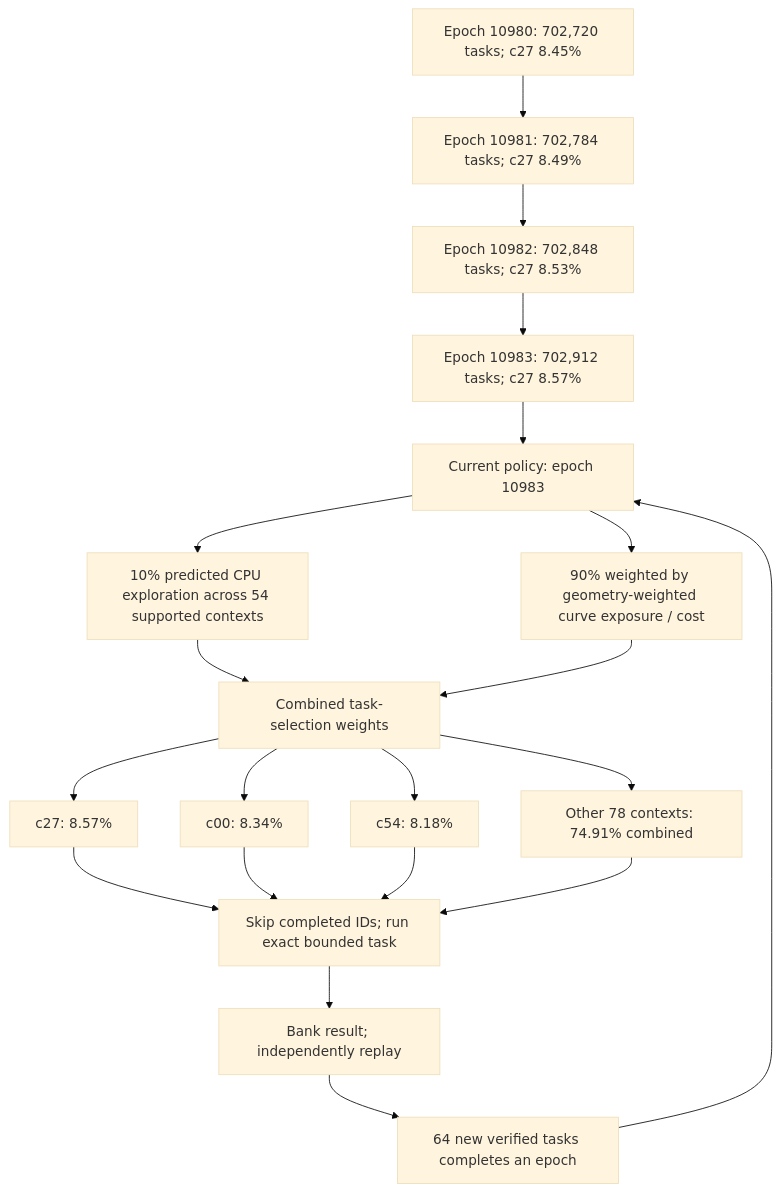
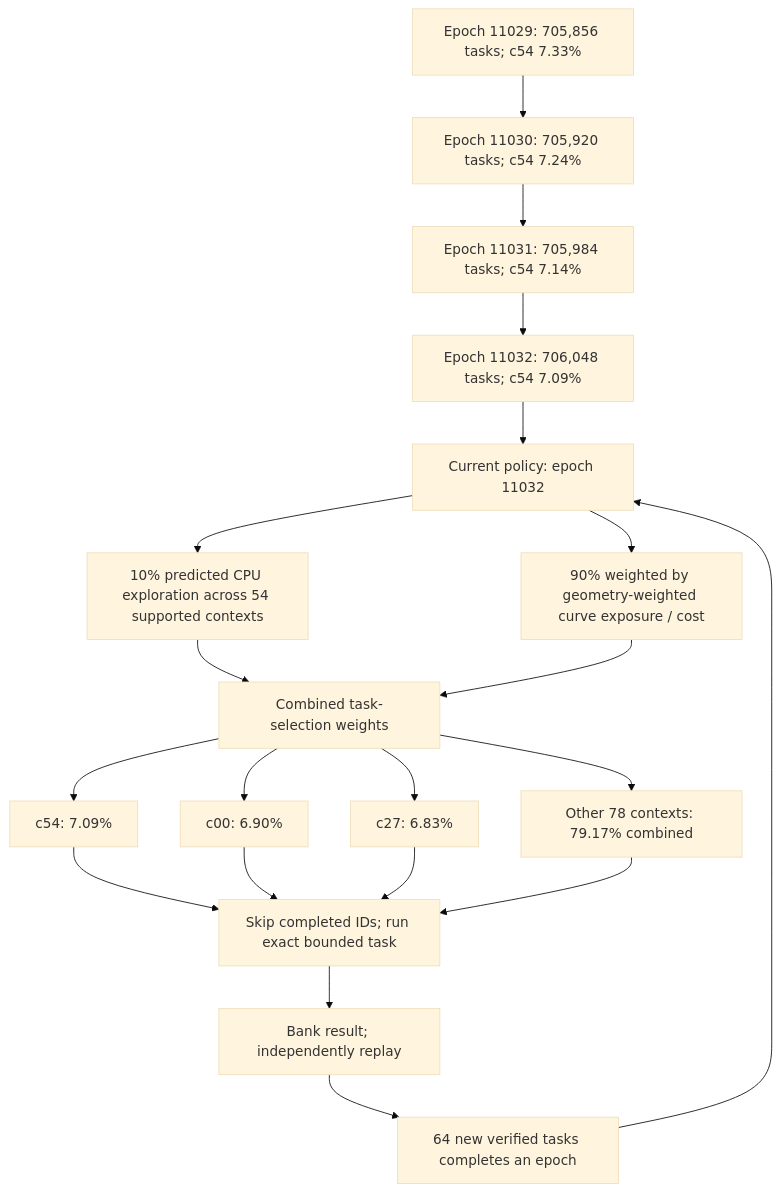
The first of 4 diagrams in README.md (Kuberwastaken/math-gambling), drawn with Mermaid (base theme) before and after one commit. The commit also changed other lines of this file and 6514 other files, not shown here.

````diff
--- a/README.md
+++ b/README.md
@@ -60,27 +60,27 @@
 ```mermaid
 flowchart TD
-    H0["Epoch 10980: 702,720 tasks; c27 8.45%"]
-    H1["Epoch 10981: 702,784 tasks; c27 8.49%"]
+    H0["Epoch 11029: 705,856 tasks; c54 7.33%"]
+    H1["Epoch 11030: 705,920 tasks; c54 7.24%"]
     H0 --> H1
-    H2["Epoch 10982: 702,848 tasks; c27 8.53%"]
+    H2["Epoch 11031: 705,984 tasks; c54 7.14%"]
     H1 --> H2
-    H3["Epoch 10983: 702,912 tasks; c27 8.57%"]
+    H3["Epoch 11032: 706,048 tasks; c54 7.09%"]
     H2 --> H3
-    Policy["Current policy: epoch 10983"]
+    Policy["Current policy: epoch 11032"]
     H3 --> Policy
     Policy --> Explore["10% predicted CPU exploration across 54 supported contexts"]
     Policy --> Cost["90% weighted by geometry-weighted curve exposure / cost"]
     Explore --> Mix["Combined task-selection weights"]
     Cost --> Mix
-    Mix --> C0["c27: 8.57%"]
-    Mix --> C1["c00: 8.34%"]
-    Mix --> C2["c54: 8.18%"]
-    Mix --> Rest["Other 78 contexts: 74.91% combined"]
+    Mix --> C0["c54: 7.09%"]
+    Mix --> C1["c00: 6.90%"]
+    Mix --> C2["c27: 6.83%"]
+    Mix --> Rest["Other 78 contexts: 79.17% combined"]
     C0 --> Check["Skip completed IDs; run exact bounded task"]
     C1 --> Check
     C2 --> Check
     Rest --> Check
     Check --> Replay["Bank result; independently replay"]
     Replay --> Gate["64 new verified tasks completes an epoch"]
     Gate --> Policy
 ```
````
